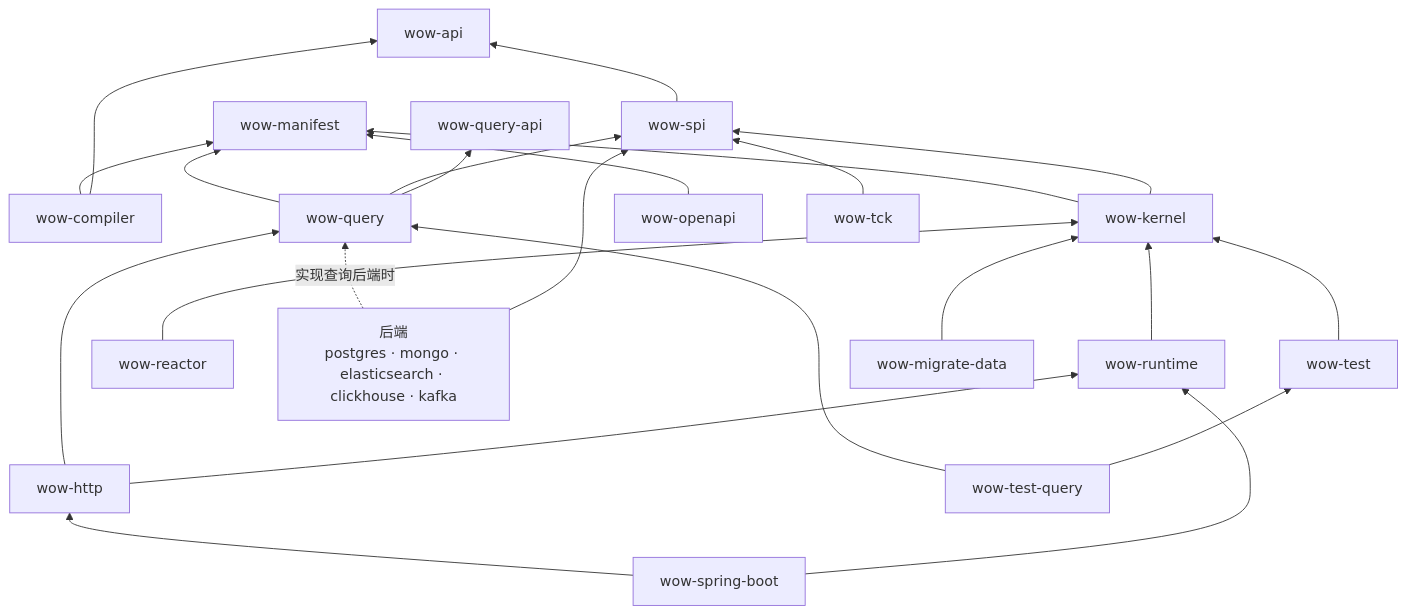
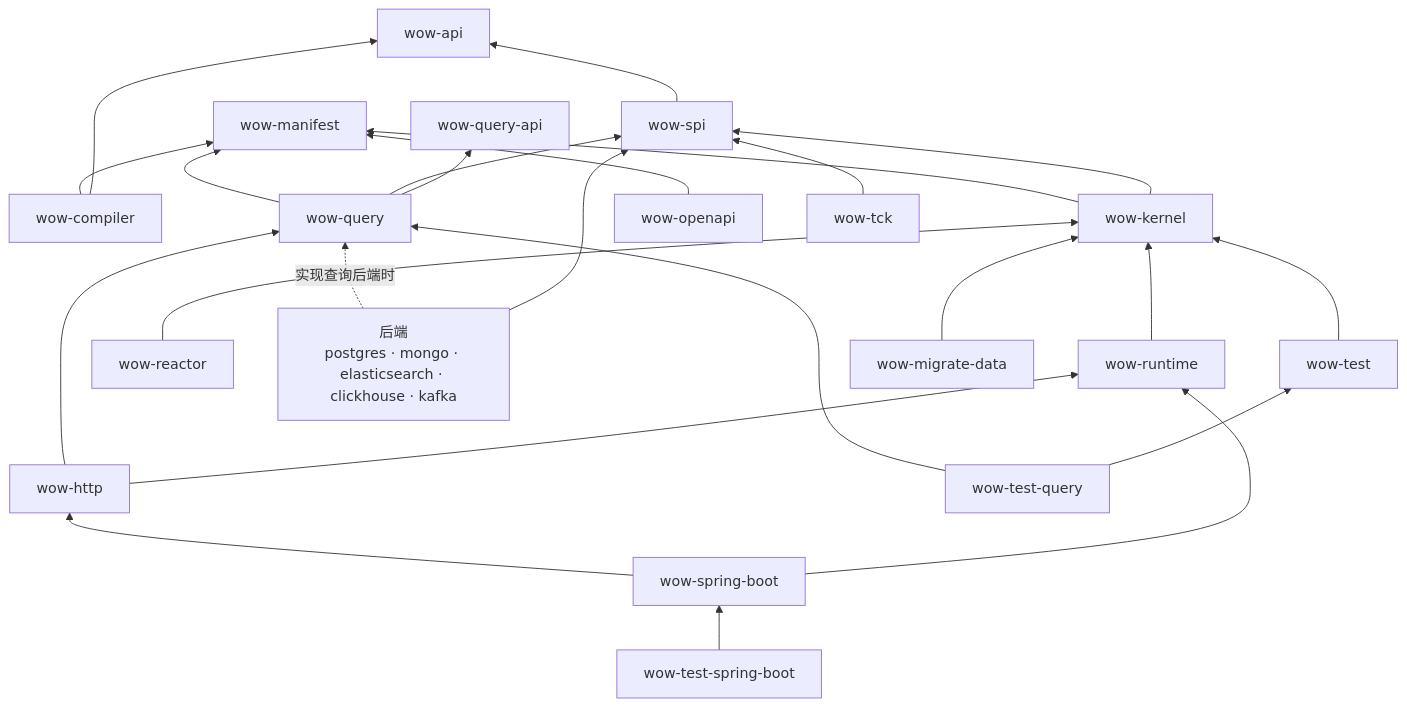
Before and after one commit to Ahoo-Wang/Wow: the diagram in documentation/designs/06-modules.md, drawn with Mermaid. The commit also changed other lines of this file and 2 other files, not shown here.

Commit message:
docs(designs): D348 HTTP wire, D340 as built, wow-test-spring-boot in the module map

````diff
--- a/documentation/designs/06-modules.md
+++ b/documentation/designs/06-modules.md
@@ -99,22 +100,23 @@
 ```mermaid
 flowchart BT
     API[wow-api]
     QAPI[wow-query-api]
     MAN[wow-manifest]
     COMP[wow-compiler] --> API & MAN
     SPI[wow-spi] --> API
     KER[wow-kernel] --> SPI & MAN
     RT[wow-runtime] --> KER
     RX[wow-reactor] --> KER
     Q[wow-query] --> QAPI & SPI & MAN
     BE[后端<br/>postgres · mongo · elasticsearch · clickhouse · kafka] --> SPI
     BE -. 实现查询后端时 .-> Q
     HTTP[wow-http] --> RT & Q
     OAPI[wow-openapi] --> MAN
     HOST[wow-spring-boot] --> RT & HTTP
     TEST[wow-test] --> KER
     TESTQ[wow-test-query] --> TEST
     TESTQ --> Q
+    TESTSB[wow-test-spring-boot] --> HOST
     TCK[wow-tck] --> SPI
     MIG[wow-migrate-data] --> KER
 ```
````
